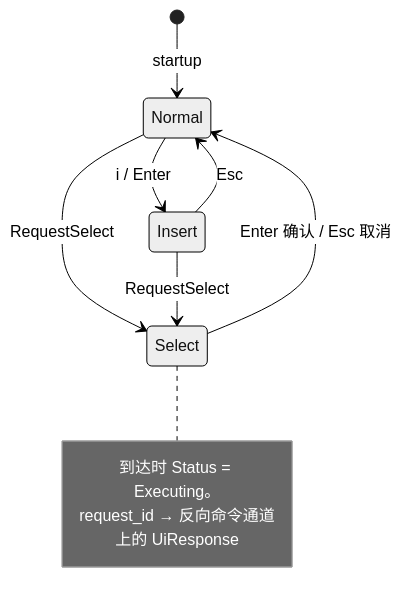
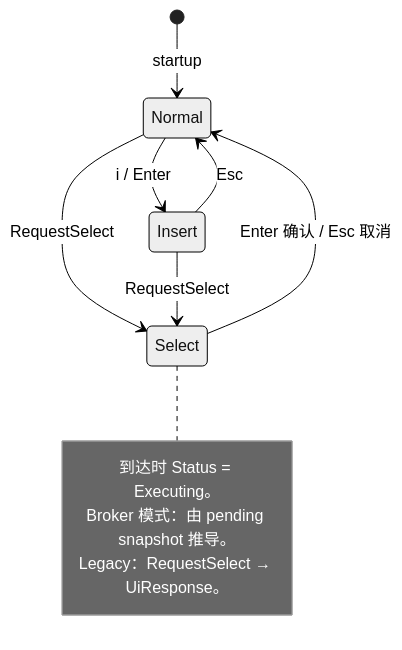
The sixth of 9 diagrams in book/25_chapter_protocol_zh.md (rust-infra/tact), drawn with Mermaid (neutral theme) before and after one commit. The commit also changed other lines of this file and 161 other files, not shown here.

````diff
--- a/book/25_chapter_protocol_zh.md
+++ b/book/25_chapter_protocol_zh.md
@@ -297,16 +301,17 @@
 ```mermaid
 stateDiagram-v2
     [*] --> Normal: startup
 
     Normal --> Insert: i / Enter
     Insert --> Normal: Esc
 
     Normal --> Select: RequestSelect
     Insert --> Select: RequestSelect
     Select --> Normal: Enter 确认 / Esc 取消
 
     note right of Select
         到达时 Status = Executing。
-        request_id → 反向命令通道上的 UiResponse
+        Broker 模式：由 pending snapshot 推导。
+        Legacy：RequestSelect → UiResponse。
     end note
 ```
````
